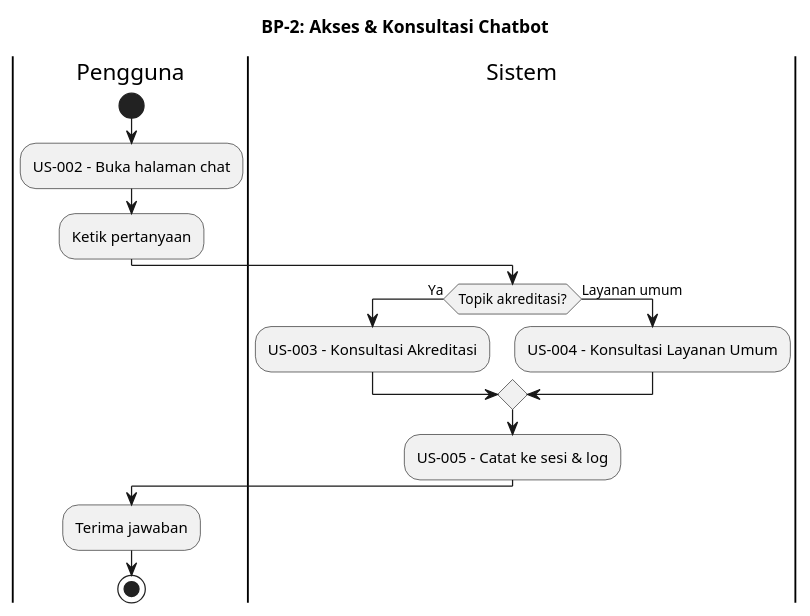
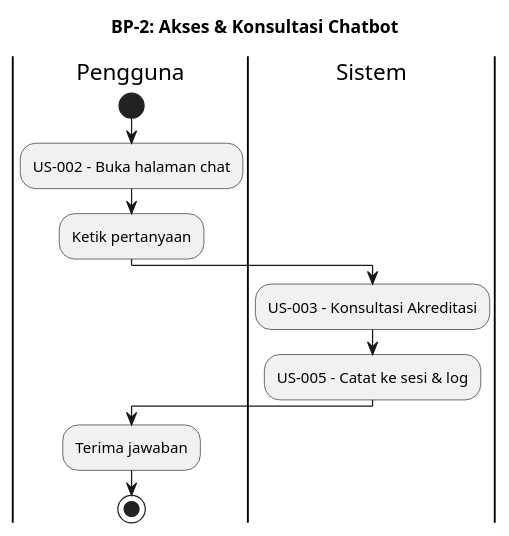
The sixth of 12 diagrams in knowledge/projects/dpad-chatbot/source-docs/system-analysis/09_UserStory_Mapping.md (yudha-tlab/ai-os-knowledge), drawn with PlantUML before and after one commit. The commit also changed other lines of this file and 11 other files, not shown here.

````diff
--- a/knowledge/projects/dpad-chatbot/source-docs/system-analysis/09_UserStory_Mapping.md
+++ b/knowledge/projects/dpad-chatbot/source-docs/system-analysis/09_UserStory_Mapping.md
@@ -511,23 +559,19 @@
 ```plantuml
 @startuml
 title BP-2: Akses & Konsultasi Chatbot
 
 |Pengguna|
 start
 :US-002 - Buka halaman chat;
 :Ketik pertanyaan;
 
 |Sistem|
-if (Topik akreditasi?) then (Ya)
-  :US-003 - Konsultasi Akreditasi;
-else (Layanan umum)
-  :US-004 - Konsultasi Layanan Umum;
-endif
+:US-003 - Konsultasi Akreditasi;
 :US-005 - Catat ke sesi & log;
 
 |Pengguna|
 :Terima jawaban;
 stop
 
 @enduml
 ```
````
